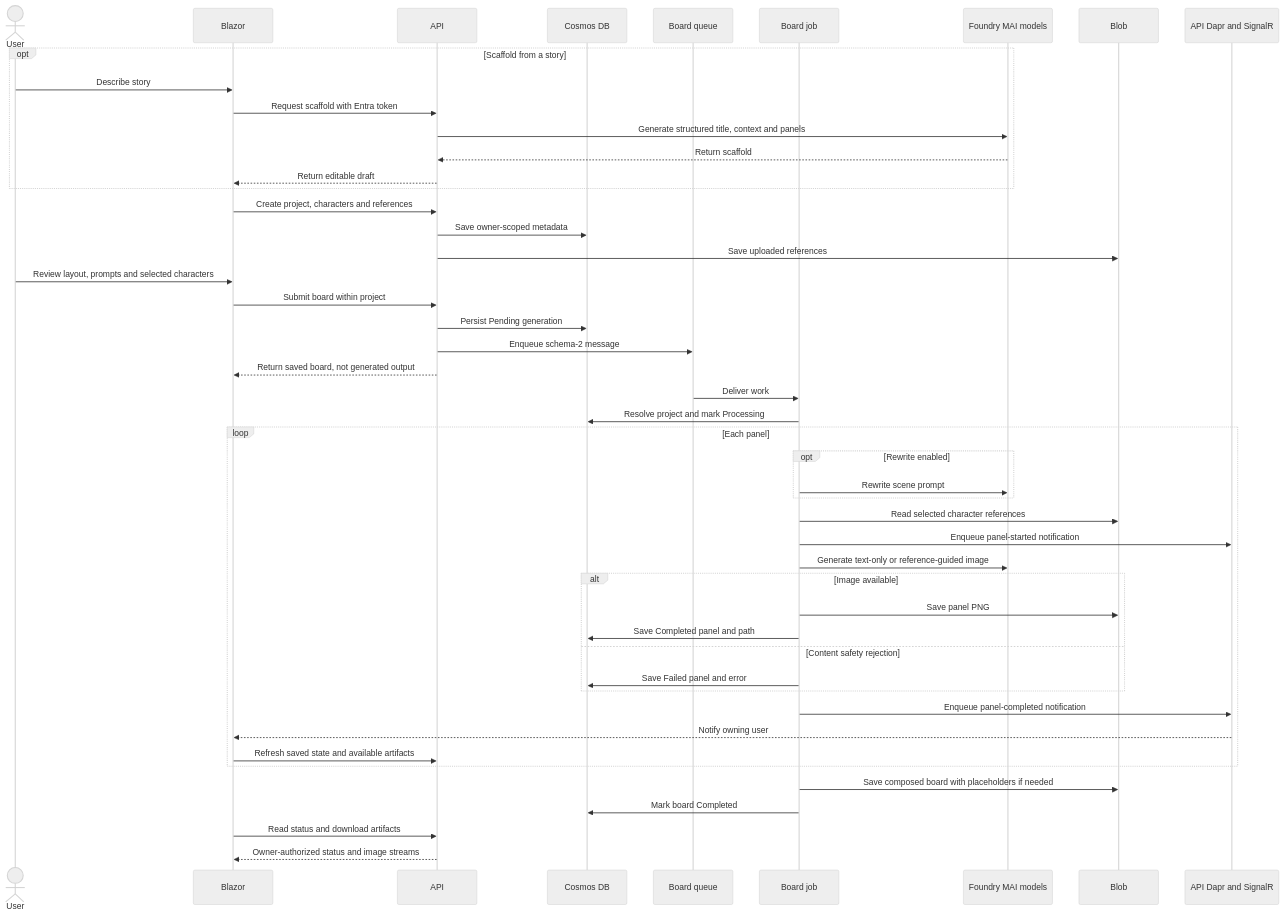
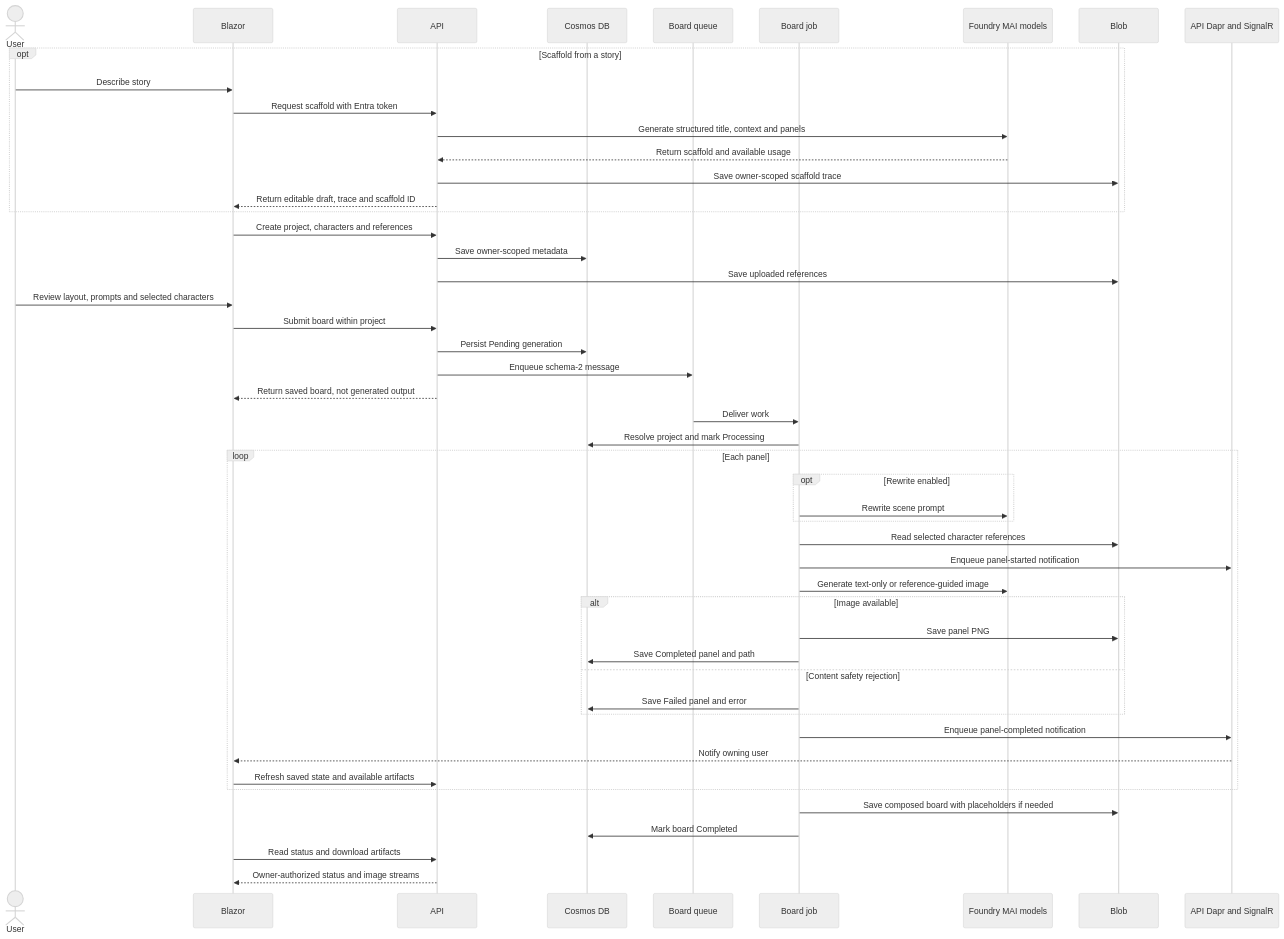
The second of 3 diagrams in docs/architecture.md (mathieumack/foundry-comics-mai), drawn with Mermaid (neutral theme) before and after one commit. The commit also changed other lines of this file and 45 other files, not shown here.

````diff
--- a/docs/architecture.md
+++ b/docs/architecture.md
@@ -75,50 +75,51 @@
 ```mermaid
 sequenceDiagram
     actor User
     participant Web as Blazor
     participant API
     participant DB as Cosmos DB
     participant Queue as Board queue
     participant Job as Board job
     participant MAI as Foundry MAI models
     participant Blob
     participant Push as API Dapr and SignalR
     opt Scaffold from a story
         User->>Web: Describe story
         Web->>API: Request scaffold with Entra token
         API->>MAI: Generate structured title, context and panels
-        MAI-->>API: Return scaffold
-        API-->>Web: Return editable draft
+        MAI-->>API: Return scaffold and available usage
+        API->>Blob: Save owner-scoped scaffold trace
+        API-->>Web: Return editable draft, trace and scaffold ID
     end
     Web->>API: Create project, characters and references
     API->>DB: Save owner-scoped metadata
     API->>Blob: Save uploaded references
     User->>Web: Review layout, prompts and selected characters
     Web->>API: Submit board within project
     API->>DB: Persist Pending generation
     API->>Queue: Enqueue schema-2 message
     API-->>Web: Return saved board, not generated output
     Queue->>Job: Deliver work
     Job->>DB: Resolve project and mark Processing
     loop Each panel
         opt Rewrite enabled
             Job->>MAI: Rewrite scene prompt
         end
         Job->>Blob: Read selected character references
         Job->>Push: Enqueue panel-started notification
         Job->>MAI: Generate text-only or reference-guided image
         alt Image available
             Job->>Blob: Save panel PNG
             Job->>DB: Save Completed panel and path
         else Content safety rejection
             Job->>DB: Save Failed panel and error
         end
         Job->>Push: Enqueue panel-completed notification
         Push-->>Web: Notify owning user
         Web->>API: Refresh saved state and available artifacts
     end
     Job->>Blob: Save composed board with placeholders if needed
     Job->>DB: Mark board Completed
     Web->>API: Read status and download artifacts
     API-->>Web: Owner-authorized status and image streams
 ```
````
